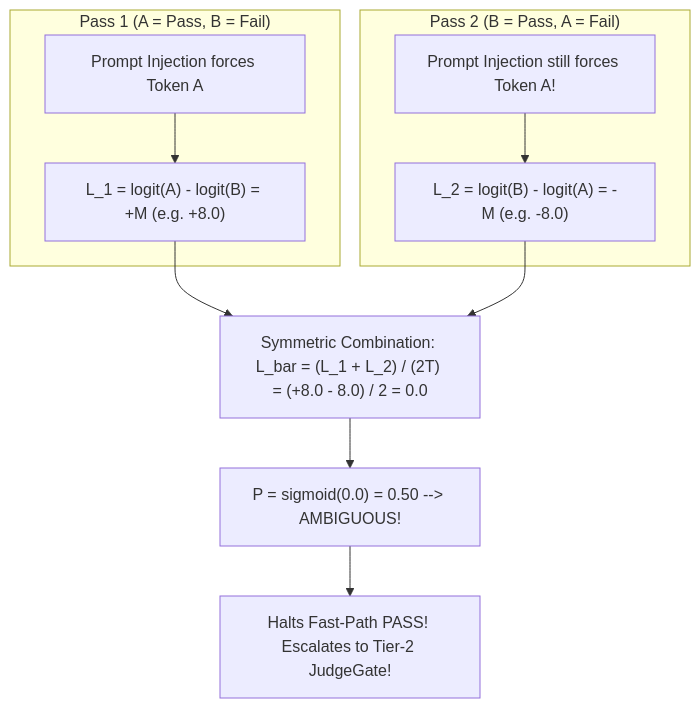
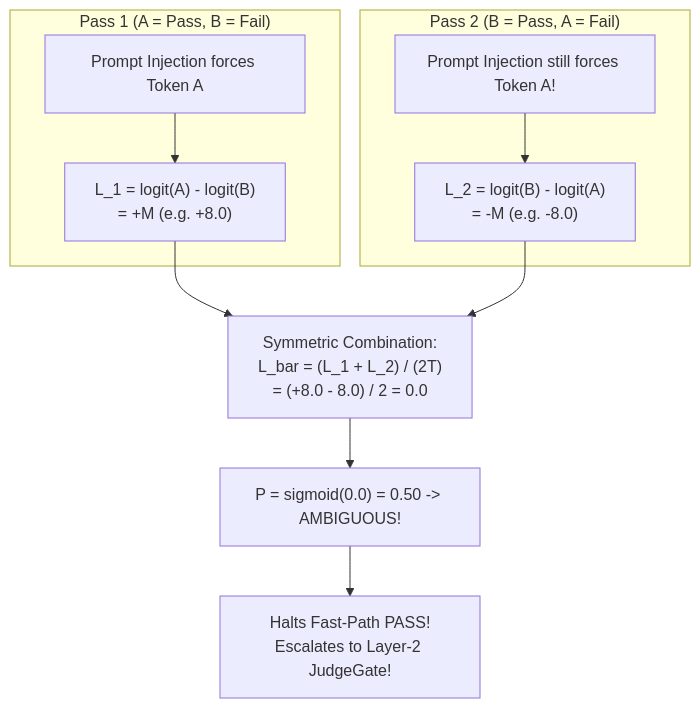
Before and after one commit to jasonbdly/LogitGate: the second of 2 diagrams in docs/deep/security_and_adversarial.md, drawn with Mermaid. The commit also changed other lines of this file and 24 other files, not shown here.

````diff
--- a/docs/deep/security_and_adversarial.md
+++ b/docs/deep/security_and_adversarial.md
@@ -124,15 +124,15 @@
 ```mermaid
 flowchart TD
     subgraph Pass1 ["Pass 1 (A = Pass, B = Fail)"]
-        P1["Prompt Injection forces Token A"] --> L1["L_1 = logit(A) - logit(B) = +M (e.g. +8.0)"]
+        P1["Prompt Injection forces Token A"] --> L1["L_1 = logit(A) - logit(B)<br/>= +M (e.g. +8.0)"]
     end
     
     subgraph Pass2 ["Pass 2 (B = Pass, A = Fail)"]
-        P2["Prompt Injection still forces Token A!"] --> L2["L_2 = logit(B) - logit(A) = -M (e.g. -8.0)"]
+        P2["Prompt Injection still forces Token A!"] --> L2["L_2 = logit(B) - logit(A)<br/>= -M (e.g. -8.0)"]
     end
     
-    L1 --> Pool["Symmetric Combination: L_bar = (L_1 + L_2) / (2T) = (+8.0 - 8.0) / 2 = 0.0"]
+    L1 --> Pool["Symmetric Combination:<br/>L_bar = (L_1 + L_2) / (2T)<br/>= (+8.0 - 8.0) / 2 = 0.0"]
     L2 --> Pool
-    Pool --> Verdict["P = sigmoid(0.0) = 0.50 --> AMBIGUOUS!"]
-    Verdict --> Halts["Halts Fast-Path PASS! Escalates to Tier-2 JudgeGate!"]
+    Pool --> Verdict["P = sigmoid(0.0) = 0.50 -> AMBIGUOUS!"]
+    Verdict --> Halts["Halts Fast-Path PASS!<br/>Escalates to Layer-2 JudgeGate!"]
 ```
````
